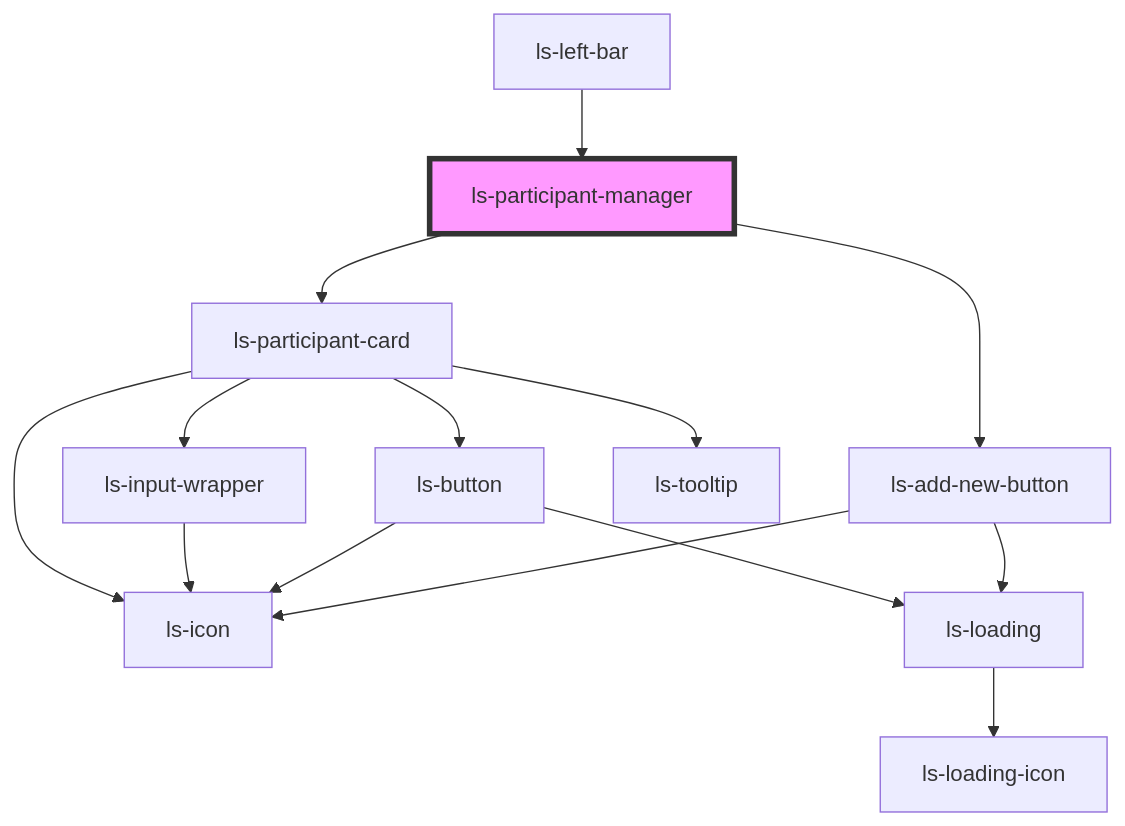
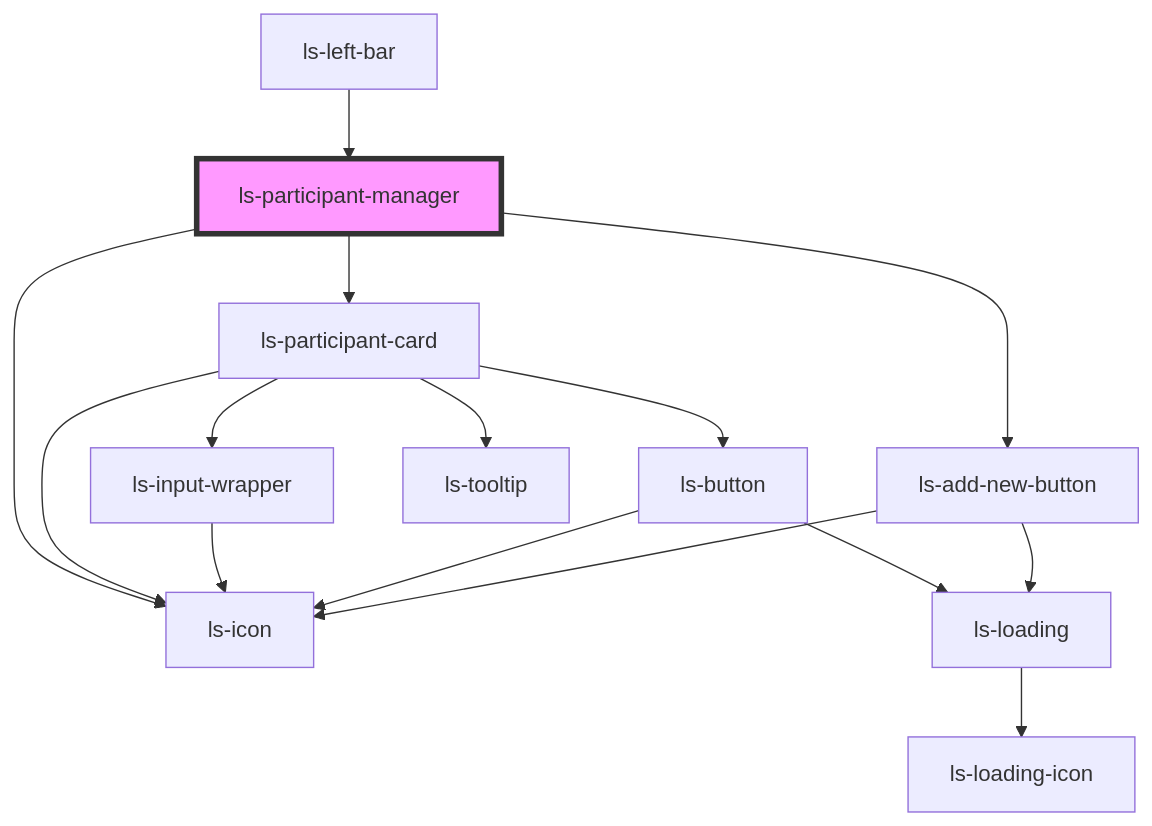
Before and after one commit to legalesign/ls-document-viewer: the diagram in src/components/ls-participant-manager/readme.md, drawn with Mermaid. The commit also changed other lines of this file and 9 other files, not shown here.

````diff
--- a/src/components/ls-participant-manager/readme.md
+++ b/src/components/ls-participant-manager/readme.md
@@ -39,17 +41,18 @@
 ```mermaid
 graph TD;
+  ls-participant-manager --> ls-icon
   ls-participant-manager --> ls-participant-card
   ls-participant-manager --> ls-add-new-button
   ls-participant-card --> ls-icon
   ls-participant-card --> ls-input-wrapper
   ls-participant-card --> ls-button
   ls-participant-card --> ls-tooltip
   ls-input-wrapper --> ls-icon
+  ls-button --> ls-loading
   ls-button --> ls-icon
-  ls-button --> ls-loading
   ls-loading --> ls-loading-icon
   ls-add-new-button --> ls-icon
   ls-add-new-button --> ls-loading
   ls-left-bar --> ls-participant-manager
   style ls-participant-manager fill:#f9f,stroke:#333,stroke-width:4px
 ```
````
